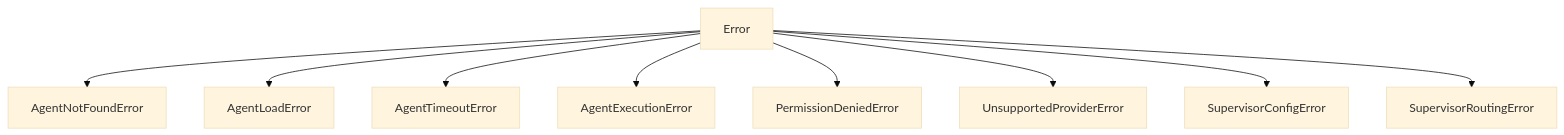
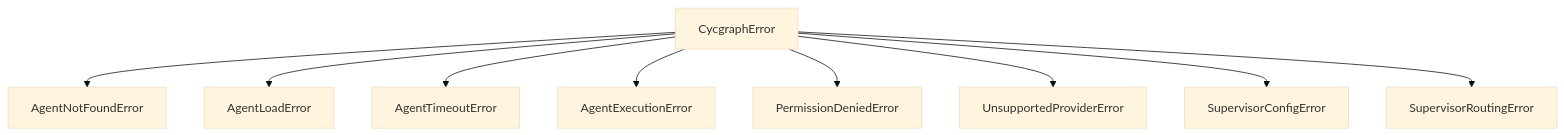
One commit to wmcmahan/cycgraph changed the third of 3 diagrams in packages/orchestrator/src/agents/README.md. Above: the diagram before and after it, drawn with Mermaid (base theme). The commit also changed other lines of this file and 37 other files, not shown here.

````diff
--- a/packages/orchestrator/src/agents/README.md
+++ b/packages/orchestrator/src/agents/README.md
@@ -761,11 +671,11 @@
 ```mermaid
 graph TD
-    E["Error"] --> ANF["AgentNotFoundError"]
+    E["CycgraphError"] --> ANF["AgentNotFoundError"]
     E --> ALE["AgentLoadError"]
     E --> ATE["AgentTimeoutError"]
     E --> AEE["AgentExecutionError"]
     E --> PDE["PermissionDeniedError"]
     E --> UPE["UnsupportedProviderError"]
     E --> SCE["SupervisorConfigError"]
     E --> SRE["SupervisorRoutingError"]
 ```
````
